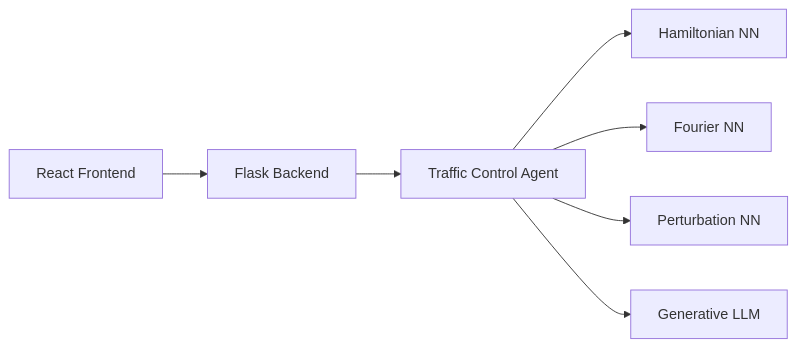
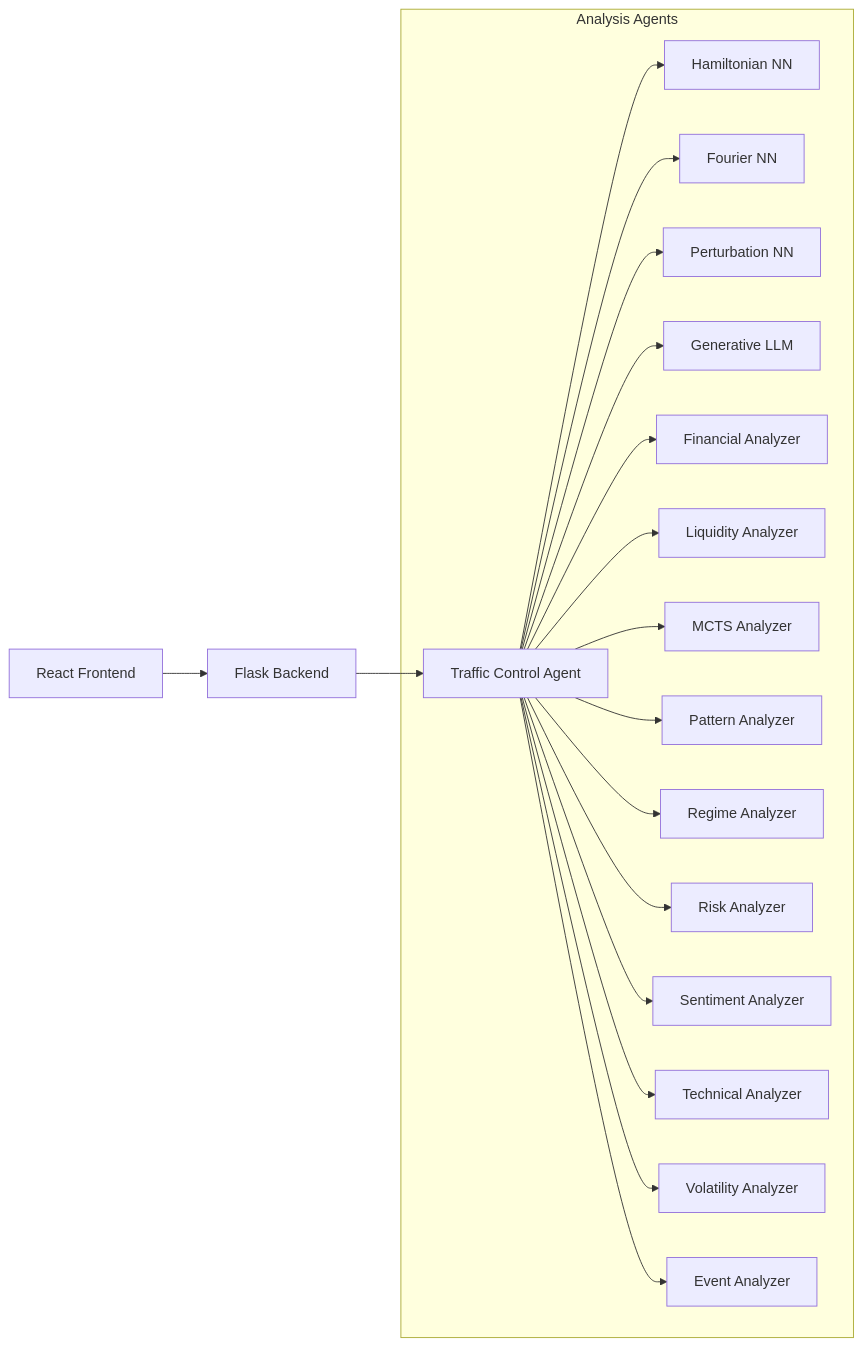
One commit to redmage123/agentic changed the first of 4 diagrams in README.md. Above: the diagram before and after it, drawn with Mermaid. The commit also changed other lines of this file and 9 other files, not shown here.

````diff
--- a/README.md
+++ b/README.md
@@ -16,9 +16,23 @@
 ```mermaid
 graph LR
     A[React Frontend] --> B[Flask Backend]
     B --> C[Traffic Control Agent]
-    C --> D[Hamiltonian NN]
-    C --> E[Fourier NN]
-    C --> F[Perturbation NN]
-    C --> G[Generative LLM]
+    
+    subgraph "Analysis Agents"
+        C --> D[Hamiltonian NN]
+        C --> E[Fourier NN]
+        C --> F[Perturbation NN]
+        C --> G[Generative LLM]
+        
+        C --> FA[Financial Analyzer]
+        C --> LA[Liquidity Analyzer]
+        C --> MA[MCTS Analyzer]
+        C --> PA[Pattern Analyzer]
+        C --> RA[Regime Analyzer]
+        C --> RKA[Risk Analyzer]
+        C --> SA[Sentiment Analyzer]
+        C --> TA[Technical Analyzer]
+        C --> VA[Volatility Analyzer]
+        C --> EA[Event Analyzer]
+    end
 ```
````
